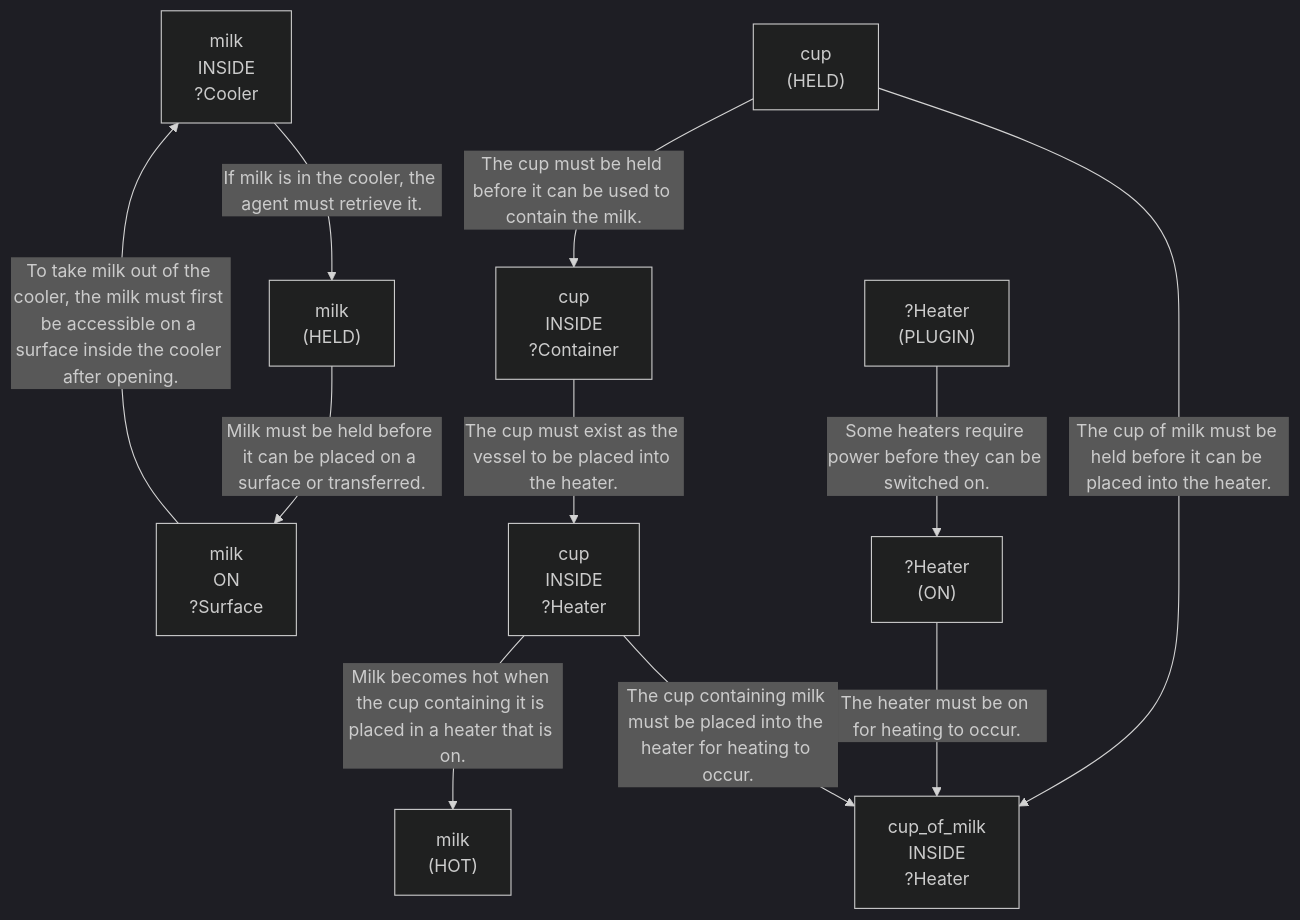
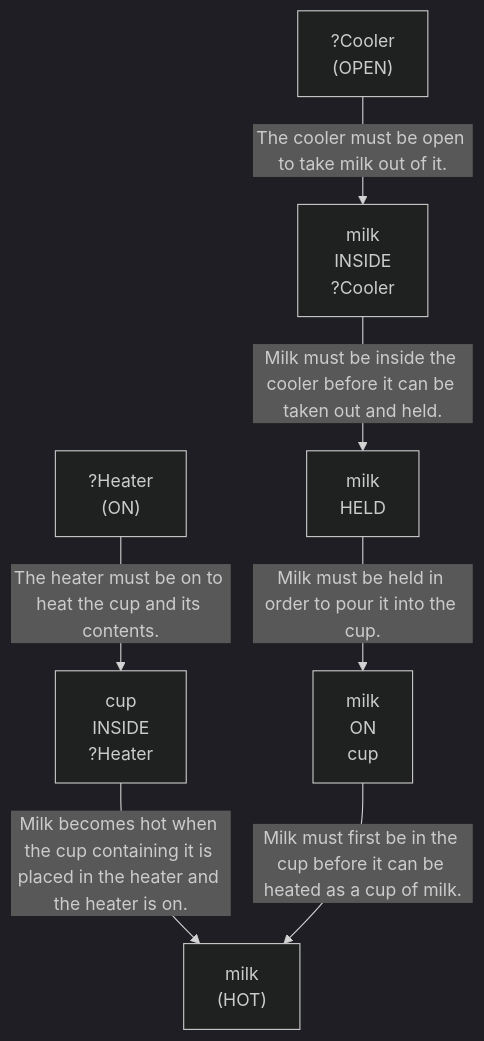
The first of 4 diagrams in evaluation/results/table3/robostate/runs/without_goal_reasoning/G1_01/run_T3_without_goal_reasoning_G1_01.md (scuama/virtualhome), drawn with Mermaid (dark theme) before and after one commit. The commit also changed other lines of this file and 507 other files, not shown here.

````diff
--- a/evaluation/results/table3/robostate/runs/without_goal_reasoning/G1_01/run_T3_without_goal_reasoning_G1_01.md
+++ b/evaluation/results/table3/robostate/runs/without_goal_reasoning/G1_01/run_T3_without_goal_reasoning_G1_01.md
@@ -32,23 +32,16 @@
 ```mermaid
 graph TD
     N1["milk<br>INSIDE<br>?Cooler"]
-    N2["milk<br>ON<br>?Surface"]
-    N3["milk<br>(HELD)"]
-    N4["cup<br>INSIDE<br>?Container"]
-    N5["cup<br>(HELD)"]
-    N6["cup<br>INSIDE<br>?Heater"]
-    N7["?Heater<br>(ON)"]
-    N8["?Heater<br>(PLUGIN)"]
-    N9["milk<br>(HOT)"]
-    N10["cup_of_milk<br>INSIDE<br>?Heater"]
-    N2 -->|"To take milk out of the cooler, the milk must first be accessible on a surface inside the cooler after opening."| N1
-    N3 -->|"Milk must be held before it can be placed on a surface or transferred."| N2
-    N1 -->|"If milk is in the cooler, the agent must retrieve it."| N3
-    N5 -->|"The cup must be held before it can be used to contain the milk."| N4
-    N4 -->|"The cup must exist as the vessel to be placed into the heater."| N6
-    N8 -->|"Some heaters require power before they can be switched on."| N7
-    N6 -->|"Milk becomes hot when the cup containing it is placed in a heater that is on."| N9
-    N5 -->|"The cup of milk must be held before it can be placed into the heater."| N10
-    N7 -->|"The heater must be on for heating to occur."| N10
-    N6 -->|"The cup containing milk must be placed into the heater for heating to occur."| N10
+    N2["?Cooler<br>(OPEN)"]
+    N3["milk<br>HELD<br>"]
+    N4["milk<br>ON<br>cup"]
+    N5["cup<br>INSIDE<br>?Heater"]
+    N6["?Heater<br>(ON)"]
+    N7["milk<br>(HOT)"]
+    N2 -->|"The cooler must be open to take milk out of it."| N1
+    N1 -->|"Milk must be inside the cooler before it can be taken out and held."| N3
+    N3 -->|"Milk must be held in order to pour it into the cup."| N4
+    N6 -->|"The heater must be on to heat the cup and its contents."| N5
+    N5 -->|"Milk becomes hot when the cup containing it is placed in the heater and the heater is on."| N7
+    N4 -->|"Milk must first be in the cup before it can be heated as a cup of milk."| N7
 ```
````
